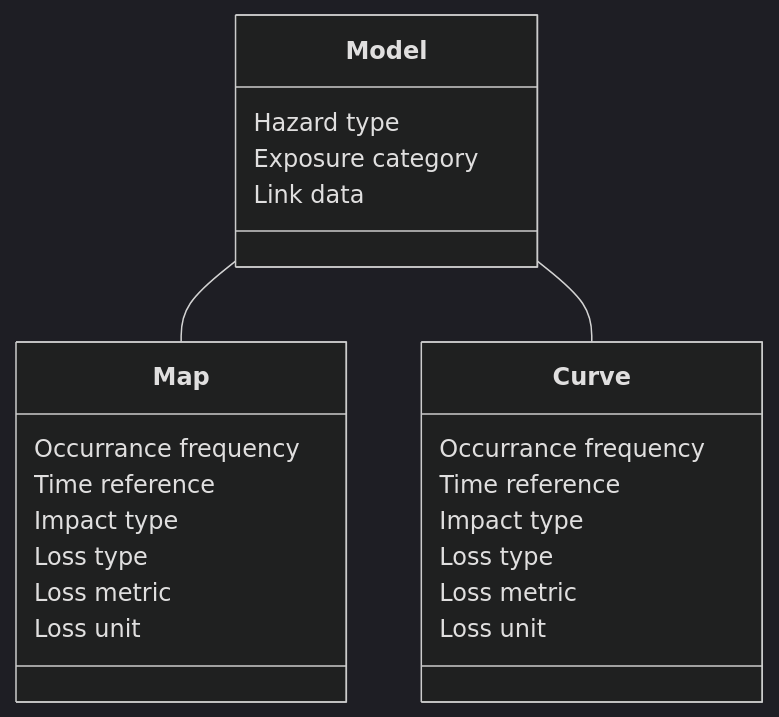
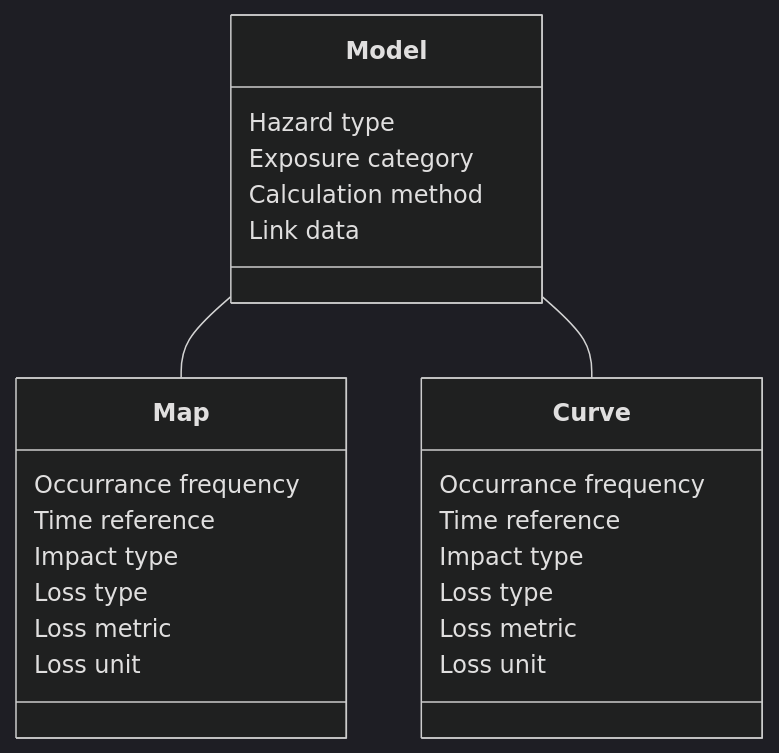
Before and after one commit to GFDRR/rdl-docs: the diagram in docs/loss.md, drawn with Mermaid (dark theme). The commit also changed other lines of this file and 7 other files, not shown here.

````diff
--- a/docs/loss.md
+++ b/docs/loss.md
@@ -5,24 +5,26 @@
 ```mermaid
 classDiagram
     Model -- Map
     Model -- Curve
     Model: Hazard type
     Model: Exposure category
+    Model: Calculation method
     Model: Link data
+
     class Map{
       Occurrance frequency
       Time reference
       Impact type
       Loss type
       Loss metric
       Loss unit
     }
     class Curve{
       Occurrance frequency
       Time reference
       Impact type
       Loss type
       Loss metric
       Loss unit
     }
 ```
````
